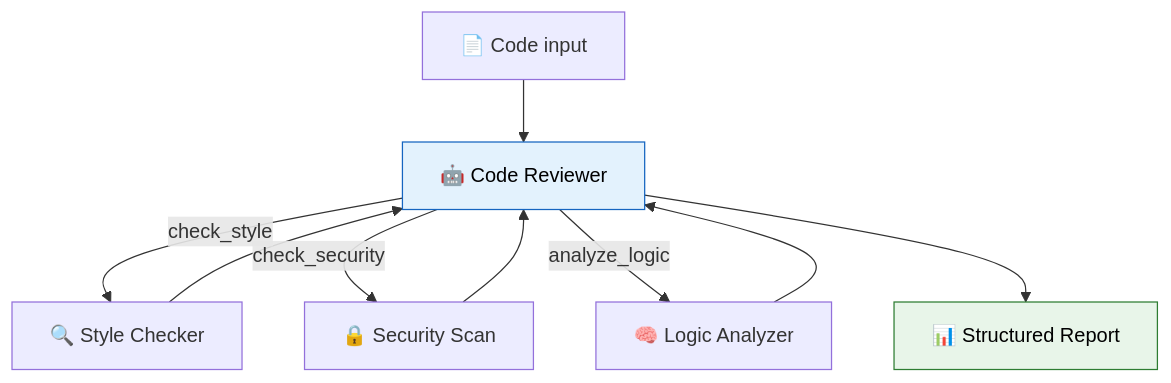
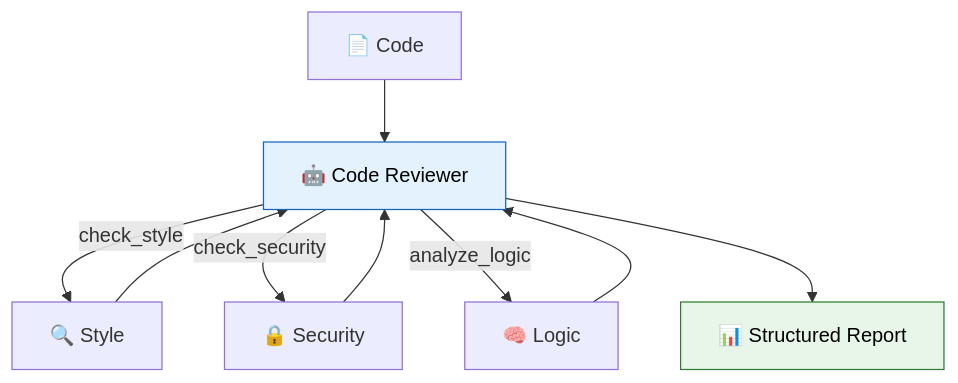
The diagram in 48_code_review_agent_project/README.md (remolaan/Agentic-AI-Cookbook), drawn with Mermaid before and after one commit. The commit also changed other lines of this file and 30 other files, not shown here.

````diff
--- a/48_code_review_agent_project/README.md
+++ b/48_code_review_agent_project/README.md
@@ -5,13 +5,13 @@
 ```mermaid
 flowchart TD
-    C["📄 Code input"] --> A["🤖 Code Reviewer"]
-    A -->|"check_style"| S["🔍 Style Checker"]
-    A -->|"check_security"| SEC["🔒 Security Scan"]
-    A -->|"analyze_logic"| L["🧠 Logic Analyzer"]
+    C["📄 Code"] --> A["🤖 Code Reviewer"]
+    A -->|"check_style"| S["🔍 Style"]
+    A -->|"check_security"| SEC["🔒 Security"]
+    A -->|"analyze_logic"| L["🧠 Logic"]
     S --> A
     SEC --> A
     L --> A
     A --> R["📊 Structured Report"]
     style A fill:#e3f2fd,stroke:#1565c0,color:#000000
     style R fill:#e8f5e9,stroke:#2e7d32,color:#000000
 ```
````
